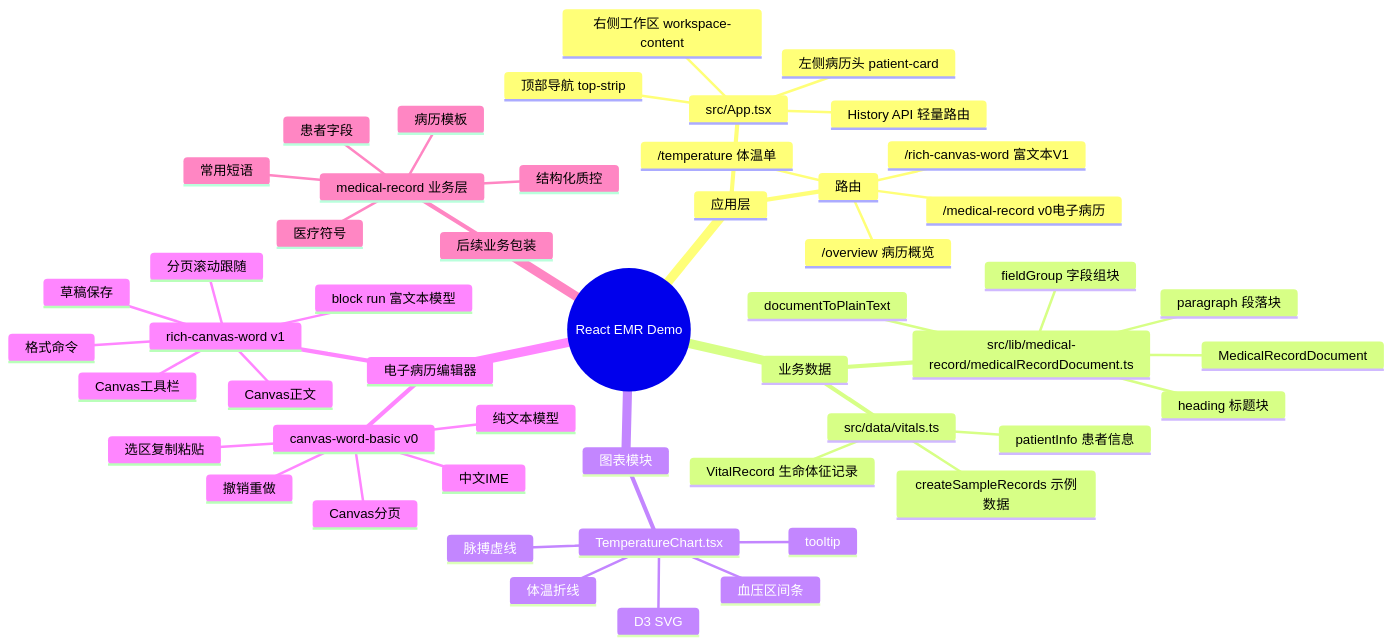
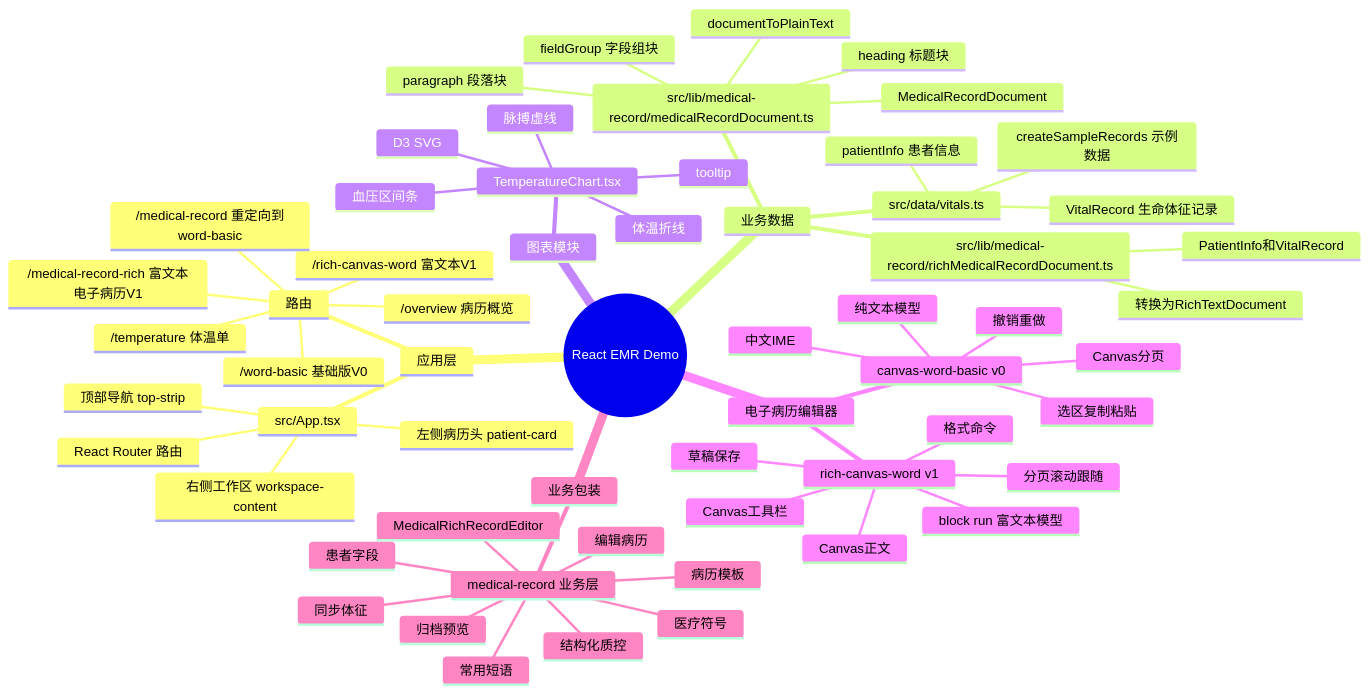
Before and after one commit to canlan527/react-emr-demo: the first of 10 diagrams in docs/11-emr-rich-canvas-word-mindmap.md, drawn with Mermaid. The commit also changed other lines of this file and 41 other files, not shown here.

Commit message:
feat: advance rich canvas word v2 tables

````diff
--- a/docs/11-emr-rich-canvas-word-mindmap.md
+++ b/docs/11-emr-rich-canvas-word-mindmap.md
@@ -7,54 +7,63 @@
 ```mermaid
 mindmap
   root((React EMR Demo))
     应用层
       src/App.tsx
-        History API 轻量路由
+        React Router 路由
         顶部导航 top-strip
         左侧病历头 patient-card
         右侧工作区 workspace-content
       路由
         /temperature 体温单
         /overview 病历概览
-        /medical-record v0电子病历
+        /medical-record-rich 富文本电子病历V1
         /rich-canvas-word 富文本V1
+        /word-basic 基础版V0
+        /medical-record 重定向到word-basic
     业务数据
       src/data/vitals.ts
         patientInfo 患者信息
         VitalRecord 生命体征记录
         createSampleRecords 示例数据
       src/lib/medical-record/medicalRecordDocument.ts
         MedicalRecordDocument
         heading 标题块
         paragraph 段落块
         fieldGroup 字段组块
         documentToPlainText
+      src/lib/medical-record/richMedicalRecordDocument.ts
+        PatientInfo和VitalRecord
+        转换为RichTextDocument
     图表模块
       TemperatureChart.tsx
         D3 SVG
         体温折线
         脉搏虚线
         血压区间条
         tooltip
     电子病历编辑器
       canvas-word-basic v0
         纯文本模型
         Canvas分页
         中文IME
         选区复制粘贴
         撤销重做
       rich-canvas-word v1
         block run 富文本模型
         Canvas正文
         Canvas工具栏
         格式命令
         草稿保存
         分页滚动跟随
-    后续业务包装
+    业务包装
       medical-record 业务层
+        MedicalRichRecordEditor
+        编辑病历
+        归档预览
+        同步体征
         患者字段
         病历模板
         常用短语
         医疗符号
         结构化质控
 ```
````
